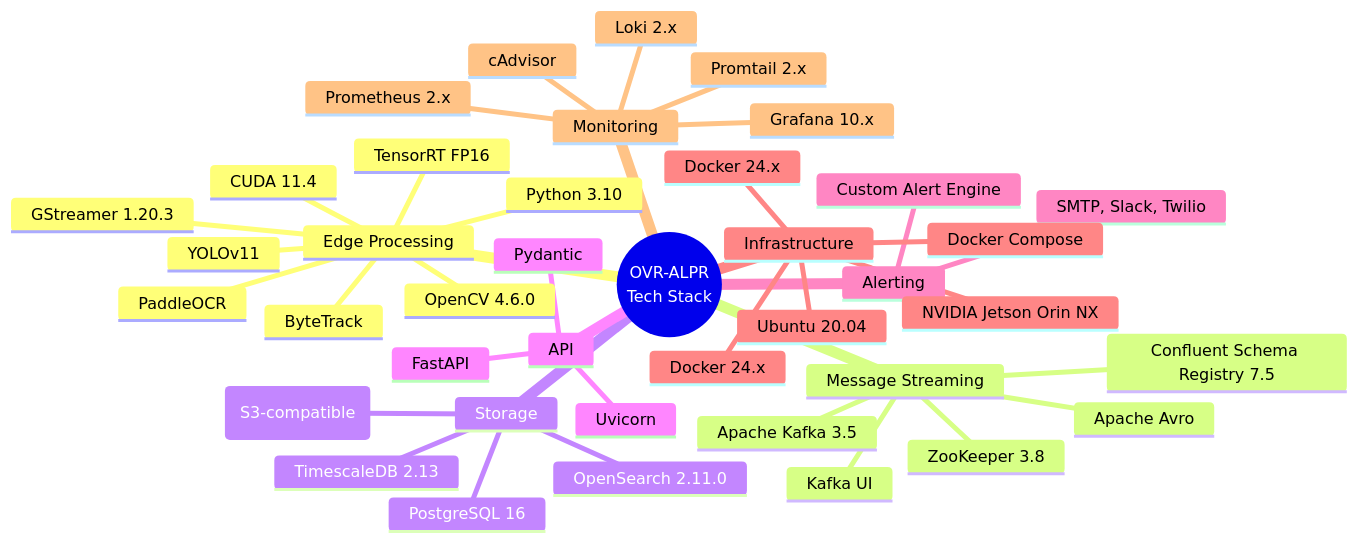
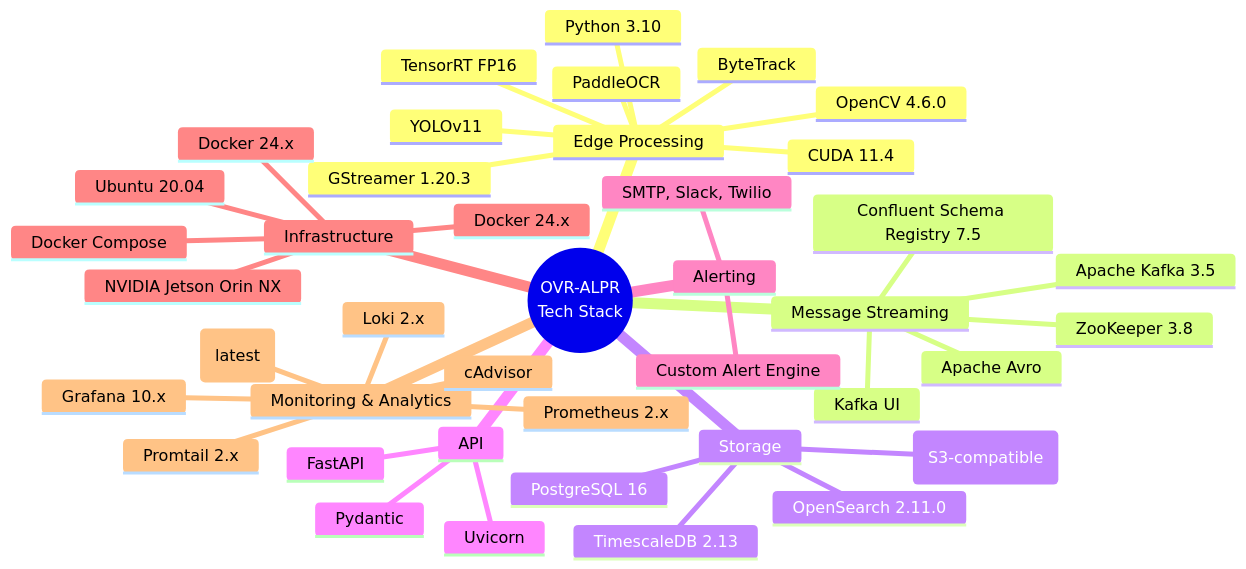
One commit to Azhundev/oversight-alpr-app changed the seventh of 9 diagrams in docs/alpr/project-architecture-chart.md. Above: the diagram before and after it, drawn with Mermaid. The commit also changed other lines of this file and 17 other files, not shown here.

````diff
--- a/docs/alpr/project-architecture-chart.md
+++ b/docs/alpr/project-architecture-chart.md
@@ -345,43 +349,44 @@
 ```mermaid
 mindmap
   root((OVR-ALPR<br/>Tech Stack))
     Edge Processing
       Python 3.10
       YOLOv11
       TensorRT FP16
       PaddleOCR
       ByteTrack
       OpenCV 4.6.0
       GStreamer 1.20.3
       CUDA 11.4
     Message Streaming
       Apache Kafka 3.5
       Confluent Schema Registry 7.5
       Apache Avro
       ZooKeeper 3.8
       Kafka UI
     Storage
       TimescaleDB 2.13
       PostgreSQL 16
       MinIO (S3-compatible)
       OpenSearch 2.11.0
     API
       FastAPI
       Uvicorn
       Pydantic
     Alerting
       Custom Alert Engine
       SMTP, Slack, Twilio
     Infrastructure
       Docker 24.x
       Docker 24.x
       Docker Compose
       NVIDIA Jetson Orin NX
       Ubuntu 20.04
-    Monitoring
+    Monitoring & Analytics
       Prometheus 2.x
       Grafana 10.x
+      Metabase (latest)
       Loki 2.x
       Promtail 2.x
       cAdvisor
 ```
````
